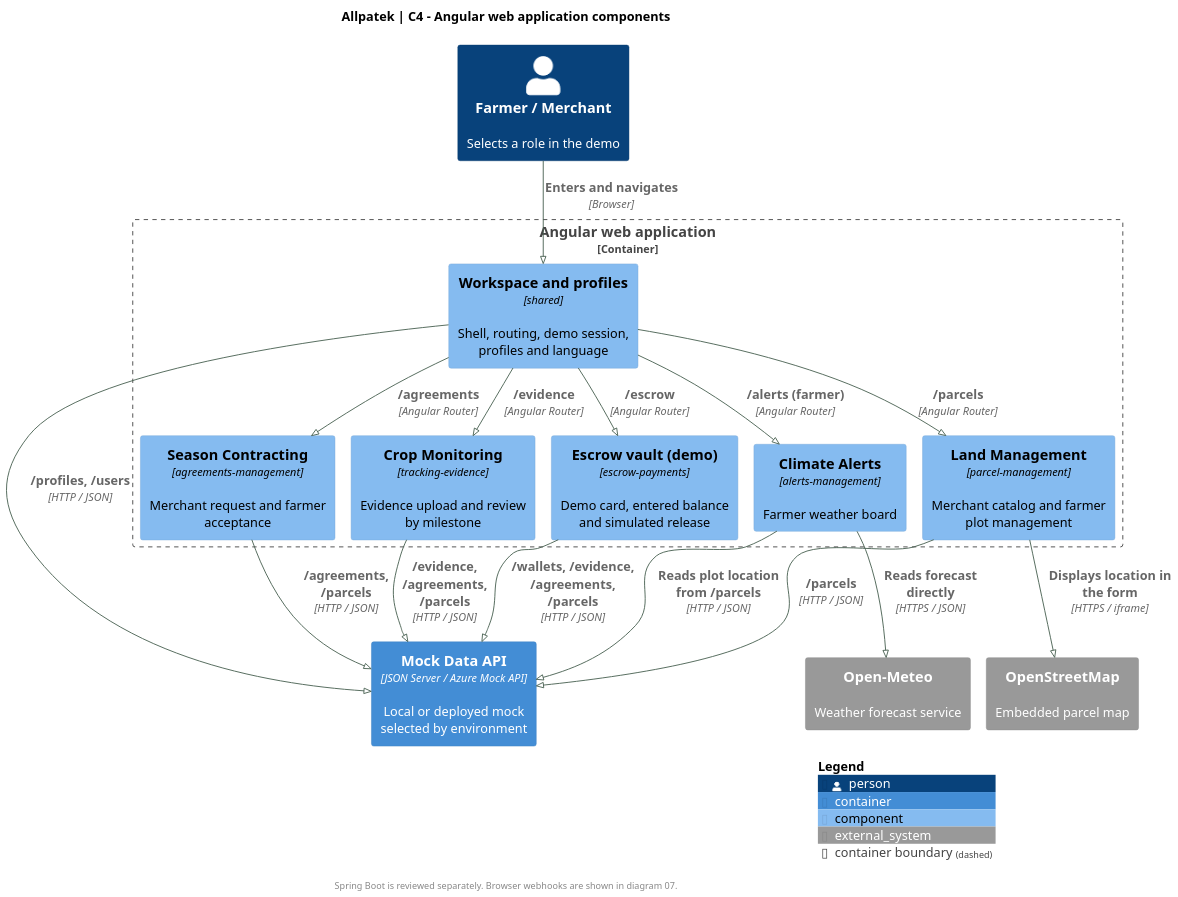
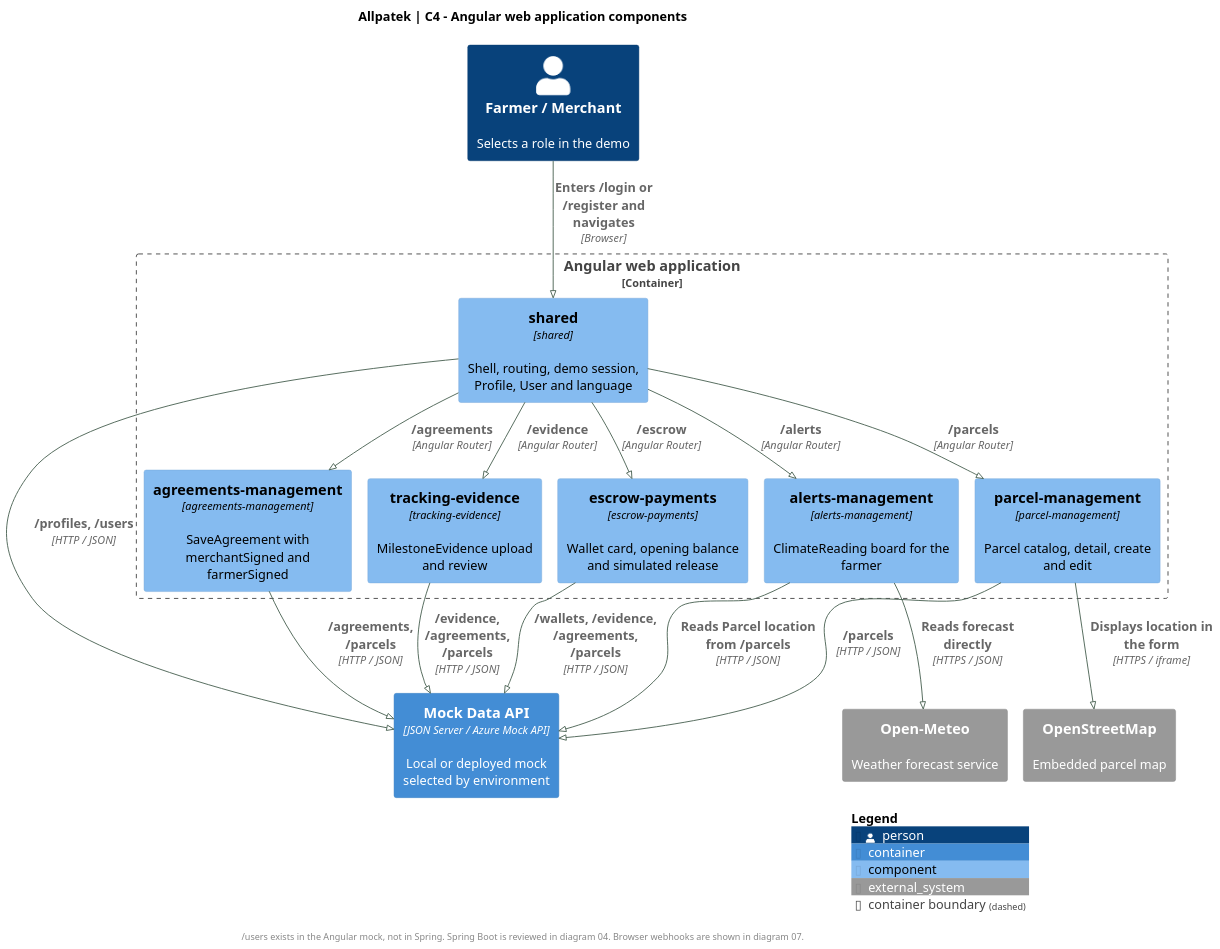
The diagram in assets/chapter-04/architecture/05-web-components.puml (upc-pre-202620-1asi0729-7753-Terranova/allpatek-report), drawn with PlantUML before and after one commit. The commit also changed 2 other files, not shown here.

Commit message:
docs(architecture): map Angular C4 components to module folders

```diff
--- a/assets/chapter-04/architecture/05-web-components.puml
+++ b/assets/chapter-04/architecture/05-web-components.puml
@@ -1,45 +1,45 @@
 @startuml
 !pragma layout smetana
 !include <C4/C4_Component>
 skinparam backgroundColor white
 skinparam defaultFontName SansSerif
 skinparam defaultFontSize 14
 skinparam shadowing false
 skinparam ArrowColor #476050
 skinparam dpi 140
 title Allpatek | C4 - Angular web application components
 
 LAYOUT_TOP_DOWN()
 Person(user, "Farmer / Merchant", "Selects a role in the demo")
 
 Container_Boundary(web, "Angular web application") {
-  Component(shared, "Workspace and profiles", "shared", "Shell, routing, demo session, profiles and language")
-  Component(parcels, "Land Management", "parcel-management", "Merchant catalog and farmer plot management")
-  Component(agreements, "Season Contracting", "agreements-management", "Merchant request and farmer acceptance")
-  Component(evidence, "Crop Monitoring", "tracking-evidence", "Evidence upload and review by milestone")
-  Component(escrow, "Escrow vault (demo)", "escrow-payments", "Demo card, entered balance and simulated release")
-  Component(alerts, "Climate Alerts", "alerts-management", "Farmer weather board")
+  Component(shared, "shared", "shared", "Shell, routing, demo session, Profile, User and language")
+  Component(parcels, "parcel-management", "parcel-management", "Parcel catalog, detail, create and edit")
+  Component(agreements, "agreements-management", "agreements-management", "SaveAgreement with merchantSigned and farmerSigned")
+  Component(evidence, "tracking-evidence", "tracking-evidence", "MilestoneEvidence upload and review")
+  Component(escrow, "escrow-payments", "escrow-payments", "Wallet card, opening balance and simulated release")
+  Component(alerts, "alerts-management", "alerts-management", "ClimateReading board for the farmer")
 }
 
 Container(mock, "Mock Data API", "JSON Server / Azure Mock API", "Local or deployed mock selected by environment")
 System_Ext(weather, "Open-Meteo", "Weather forecast service")
 System_Ext(maps, "OpenStreetMap", "Embedded parcel map")
 
-Rel(user, shared, "Enters and navigates", "Browser")
+Rel(user, shared, "Enters /login or /register and navigates", "Browser")
 Rel(shared, parcels, "/parcels", "Angular Router")
 Rel(shared, agreements, "/agreements", "Angular Router")
 Rel(shared, evidence, "/evidence", "Angular Router")
 Rel(shared, escrow, "/escrow", "Angular Router")
-Rel(shared, alerts, "/alerts (farmer)", "Angular Router")
+Rel(shared, alerts, "/alerts", "Angular Router")
 Rel(shared, mock, "/profiles, /users", "HTTP / JSON")
 Rel(parcels, mock, "/parcels", "HTTP / JSON")
 Rel(parcels, maps, "Displays location in the form", "HTTPS / iframe")
 Rel(agreements, mock, "/agreements, /parcels", "HTTP / JSON")
 Rel(evidence, mock, "/evidence, /agreements, /parcels", "HTTP / JSON")
 Rel(escrow, mock, "/wallets, /evidence, /agreements, /parcels", "HTTP / JSON")
-Rel(alerts, mock, "Reads plot location from /parcels", "HTTP / JSON")
+Rel(alerts, mock, "Reads Parcel location from /parcels", "HTTP / JSON")
 Rel(alerts, weather, "Reads forecast directly", "HTTPS / JSON")
 
-footer Spring Boot is reviewed separately. Browser webhooks are shown in diagram 07.
+footer /users exists in the Angular mock, not in Spring. Spring Boot is reviewed in diagram 04. Browser webhooks are shown in diagram 07.
 SHOW_LEGEND()
 @enduml
```
